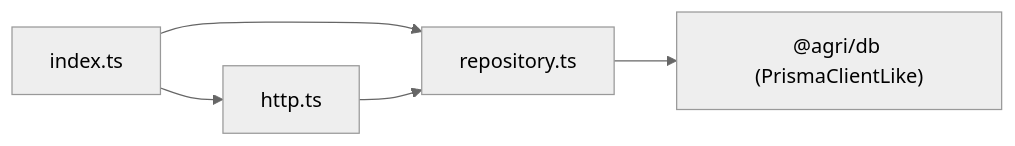
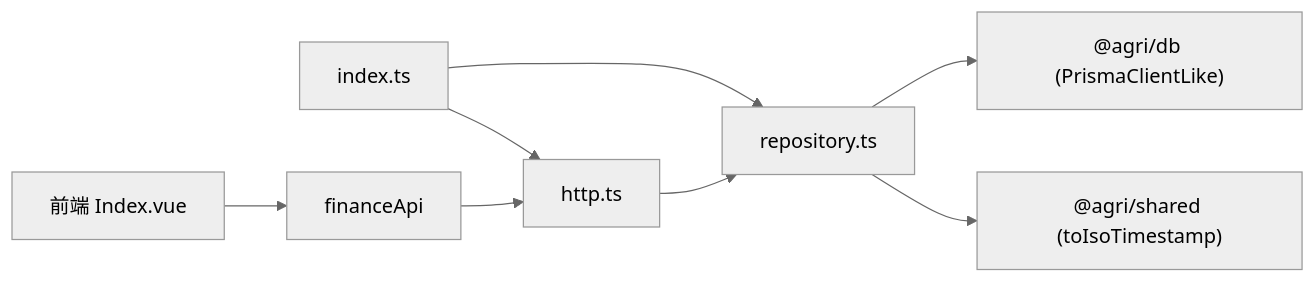
Diagram 11 of 11 in .qoder/repowiki/zh/content/核心服务文档/财务管理服务.md (q446328246/agri-platform), drawn with Mermaid (neutral theme) before and after one commit. The commit also changed other lines of this file and 52 other files, not shown here.

````diff
--- a/.qoder/repowiki/zh/content/核心服务文档/财务管理服务.md
+++ b/.qoder/repowiki/zh/content/核心服务文档/财务管理服务.md
@@ -276,7 +441,10 @@
 ```mermaid
 graph LR
 IDX["index.ts"] --> HTTP["http.ts"]
 IDX --> REPO["repository.ts"]
 HTTP --> REPO
 REPO --> DB["@agri/db (PrismaClientLike)"]
+REPO --> SHARED["@agri/shared (toIsoTimestamp)"]
+FRONTEND["前端 Index.vue"] --> API["financeApi"]
+API --> HTTP
 ```
````
